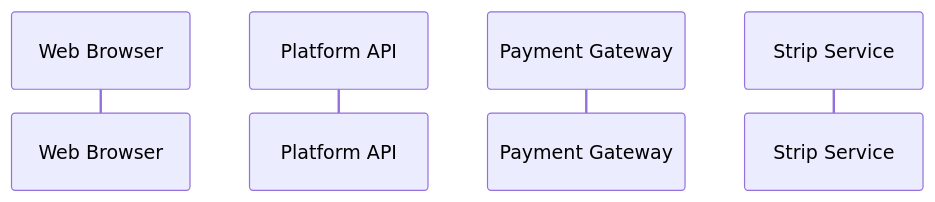
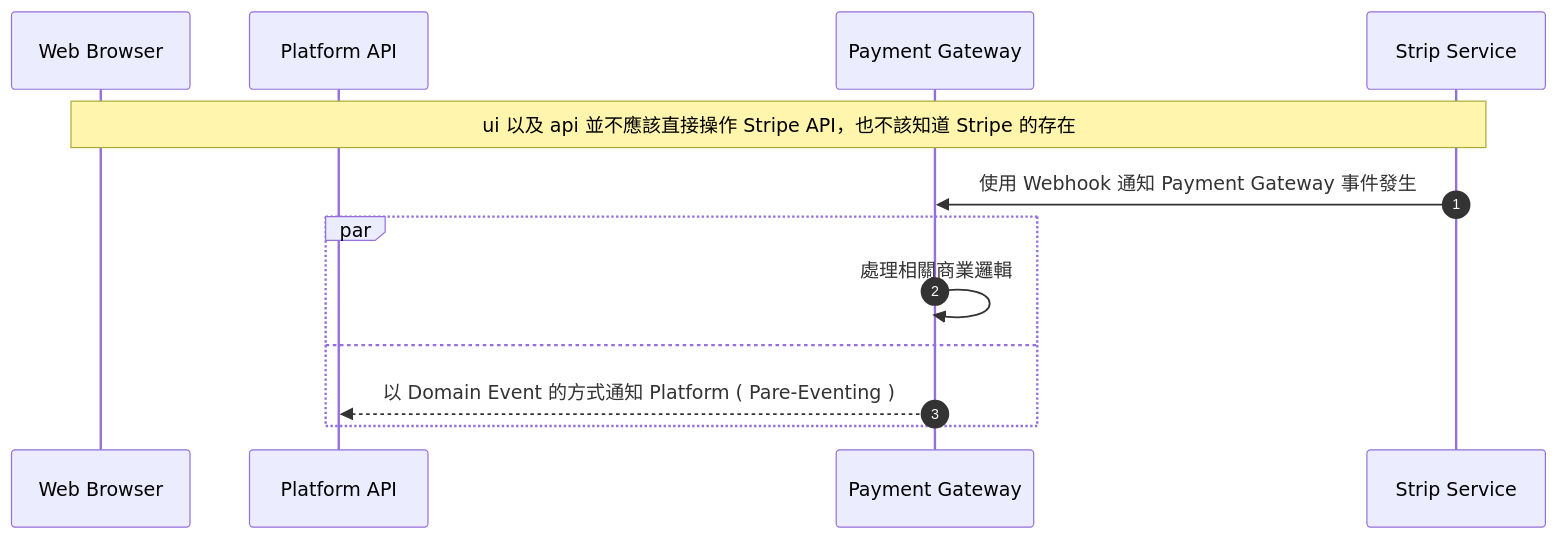
Before and after one commit to Henry-Li-PNTL/payment-test: the second of 4 diagrams in readme.md, drawn with Mermaid. The commit also changed other lines of this file and 5 other files, not shown here.

````diff
--- a/readme.md
+++ b/readme.md
@@ -5,8 +43,18 @@
 ```mermaid
 sequenceDiagram
+    autonumber
+    
     participant ui as Web Browser
     participant api as Platform API
     participant pg as Payment Gateway
     participant stripe as Strip Service
 
+    Note over ui,stripe: ui 以及 api 並不應該直接操作 Stripe API，也不該知道 Stripe 的存在
+
+    stripe ->> pg: 使用 Webhook 通知 Payment Gateway 事件發生
+    PAR
+        pg ->> pg: 處理相關商業邏輯
+    AND
+        pg -->> api: 以 Domain Event 的方式通知 Platform ( Pare-Eventing )
+    END
 ```
````
